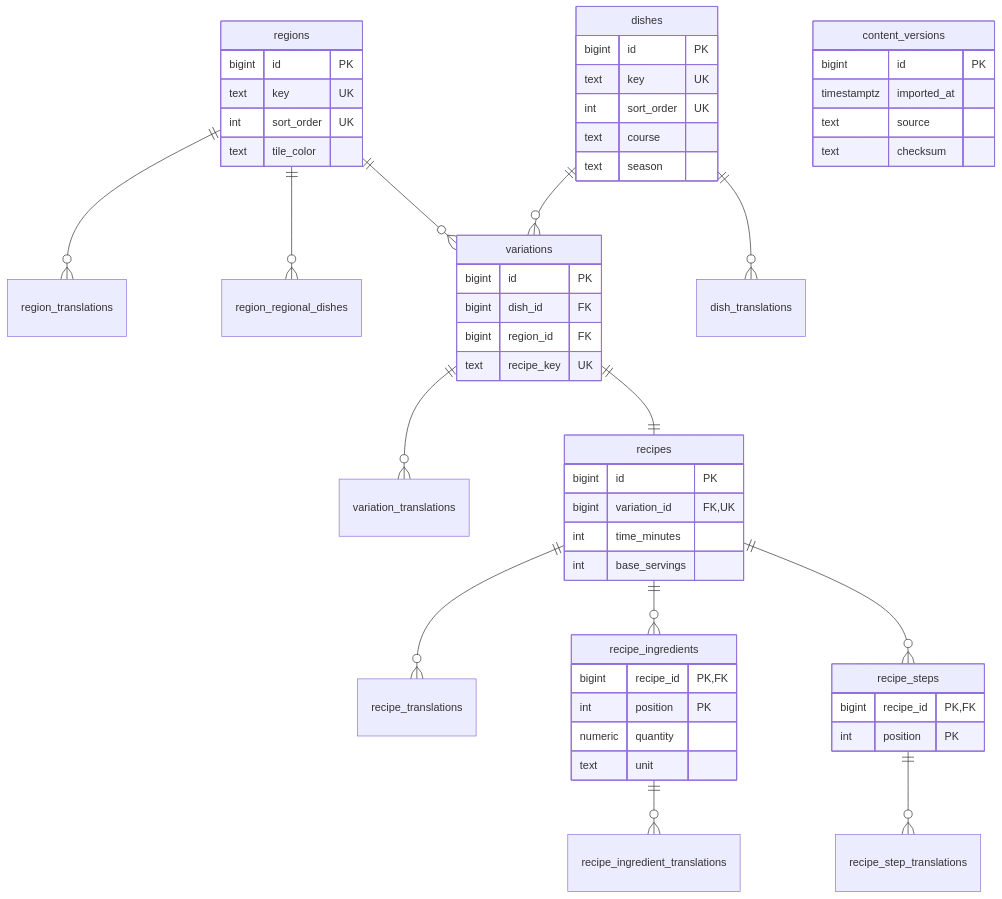
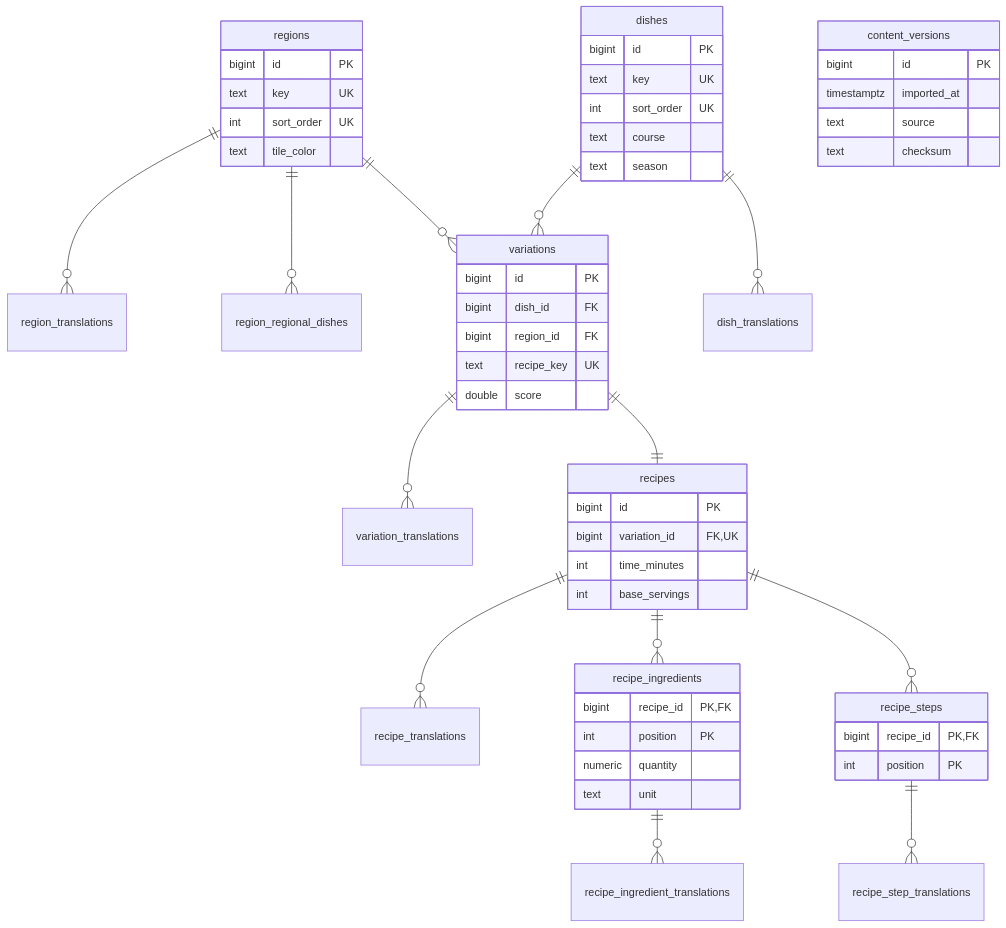
Before and after one commit to cosmofactory/recetas-backend: the diagram in docs/schema.md, drawn with Mermaid. The commit also changed other lines of this file and 42 other files, not shown here.

````diff
--- a/docs/schema.md
+++ b/docs/schema.md
@@ -35,57 +35,58 @@
 ```mermaid
 erDiagram
     regions ||--o{ region_translations : ""
     regions ||--o{ region_regional_dishes : ""
     regions ||--o{ variations : ""
     dishes ||--o{ dish_translations : ""
     dishes ||--o{ variations : ""
     variations ||--o{ variation_translations : ""
     variations ||--|| recipes : ""
     recipes ||--o{ recipe_translations : ""
     recipes ||--o{ recipe_ingredients : ""
     recipes ||--o{ recipe_steps : ""
     recipe_ingredients ||--o{ recipe_ingredient_translations : ""
     recipe_steps ||--o{ recipe_step_translations : ""
 
     regions {
         bigint id PK
         text key UK
         int sort_order UK
         text tile_color
     }
     dishes {
         bigint id PK
         text key UK
         int sort_order UK
         text course
         text season
     }
     variations {
         bigint id PK
         bigint dish_id FK
         bigint region_id FK
         text recipe_key UK
+        double score
     }
     recipes {
         bigint id PK
         bigint variation_id FK,UK
         int time_minutes
         int base_servings
     }
     recipe_ingredients {
         bigint recipe_id PK,FK
         int position PK
         numeric quantity
         text unit
     }
     recipe_steps {
         bigint recipe_id PK,FK
         int position PK
     }
     content_versions {
         bigint id PK
         timestamptz imported_at
         text source
         text checksum
     }
 ```
````
